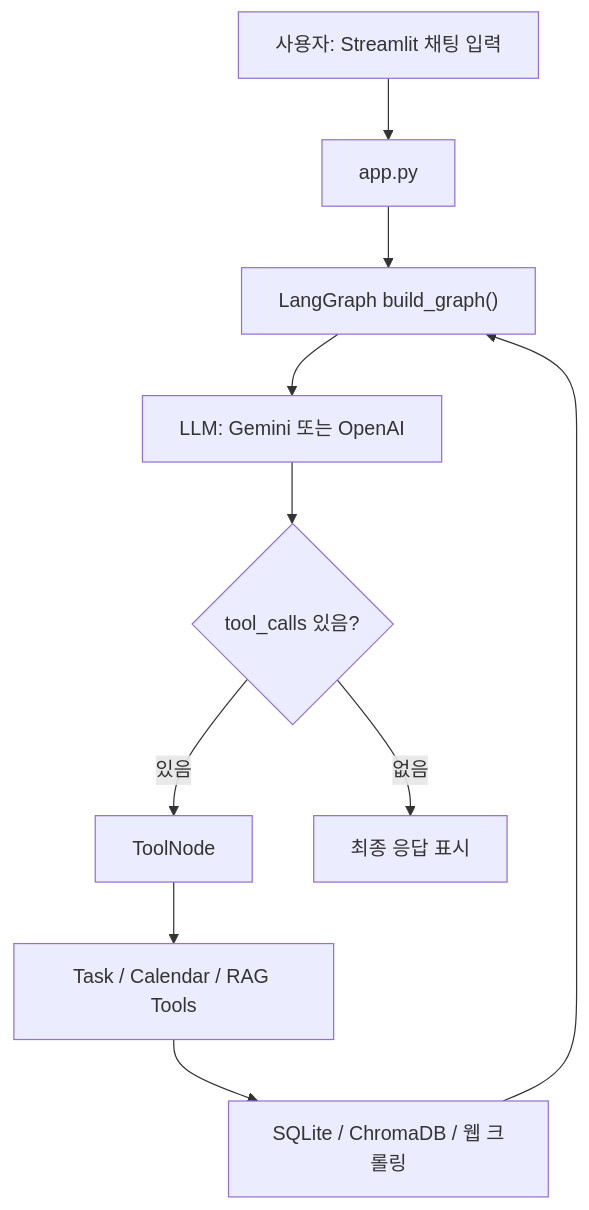
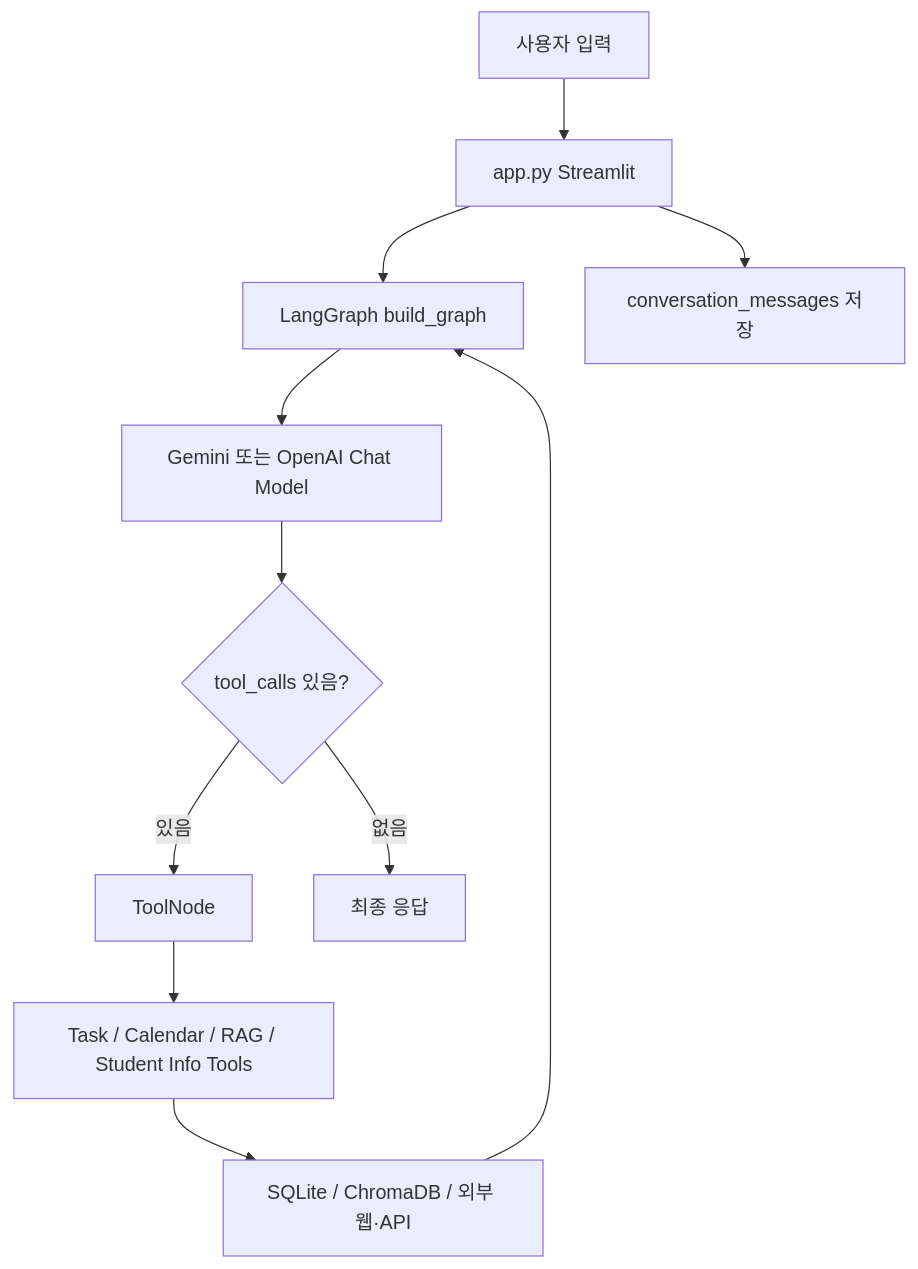
One commit to k-taewook/CampusAgent changed the diagram in md_file/research.md. Above: the diagram before and after it, drawn with Mermaid. The commit also changed other lines of this file and 2 other files, not shown here.

````diff
--- a/md_file/research.md
+++ b/md_file/research.md
@@ -81,12 +130,13 @@
 ```mermaid
 flowchart TD
-    A["사용자: Streamlit 채팅 입력"] --> B["app.py"]
-    B --> C["LangGraph build_graph()"]
-    C --> D["LLM: Gemini 또는 OpenAI"]
+    A["사용자 입력"] --> B["app.py Streamlit"]
+    B --> C["LangGraph build_graph"]
+    C --> D["Gemini 또는 OpenAI Chat Model"]
     D --> E{"tool_calls 있음?"}
     E -- "있음" --> F["ToolNode"]
-    F --> G["Task / Calendar / RAG Tools"]
-    G --> H["SQLite / ChromaDB / 웹 크롤링"]
+    F --> G["Task / Calendar / RAG / Student Info Tools"]
+    G --> H["SQLite / ChromaDB / 외부 웹·API"]
     H --> C
-    E -- "없음" --> I["최종 응답 표시"]
+    E -- "없음" --> I["최종 응답"]
+    B --> J["conversation_messages 저장"]
 ```
````
